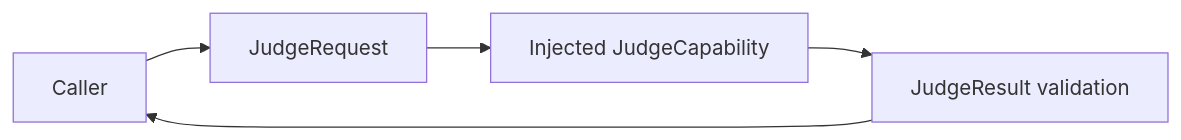
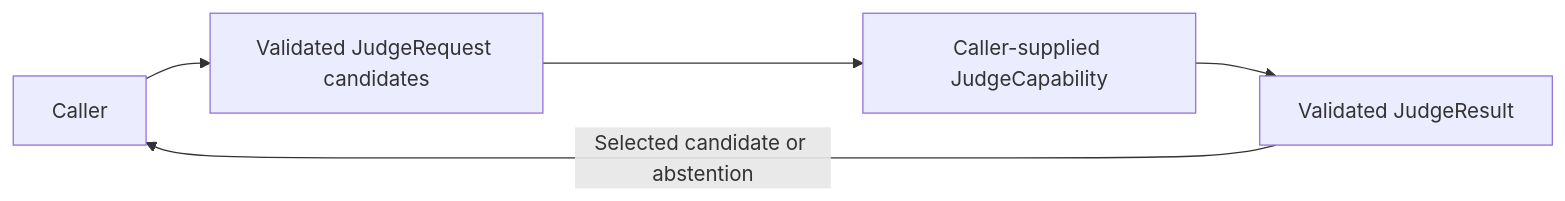
One commit to devilyouwei/MobileHarness changed the diagram in MobileHarness/ModelKit/Language/JEV/README.md. Above: the diagram before and after it, drawn with Mermaid. The commit also changed other lines of this file and 102 other files, not shown here.

````diff
--- a/MobileHarness/ModelKit/Language/JEV/README.md
+++ b/MobileHarness/ModelKit/Language/JEV/README.md
@@ -15,7 +15,7 @@
 ```mermaid
 flowchart LR
- Caller --> Request[JudgeRequest]
- Request --> Provider[Injected JudgeCapability]
- Provider --> Result[JudgeResult validation]
- Result --> Caller
+ Caller --> Request[Validated JudgeRequest candidates]
+ Request --> Provider[Caller-supplied JudgeCapability]
+ Provider --> Result[Validated JudgeResult]
+ Result -->|Selected candidate or abstention| Caller
 ```
````
